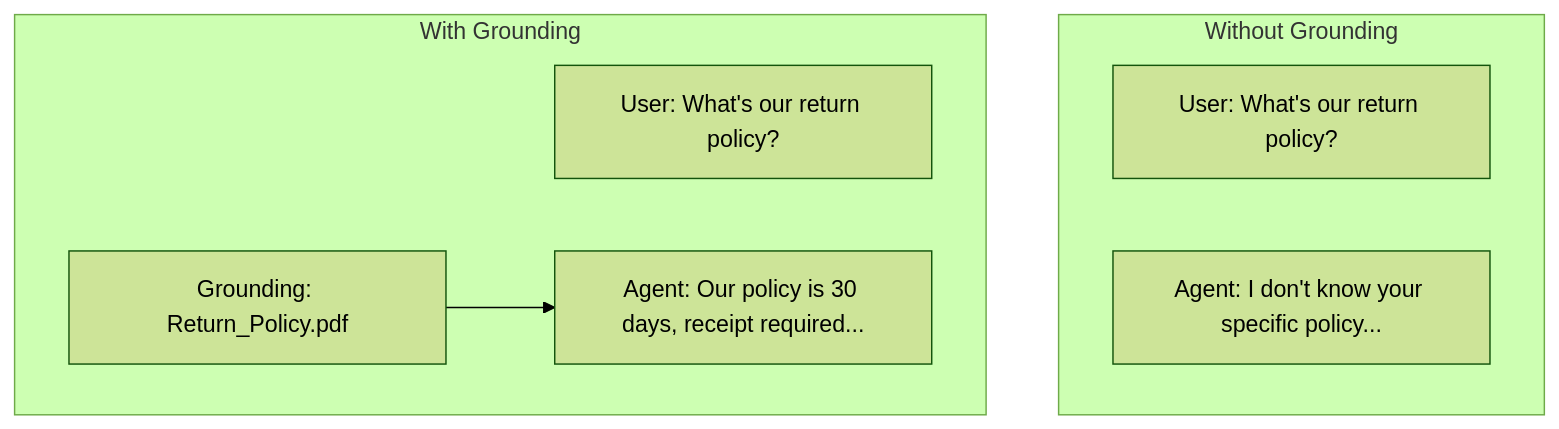
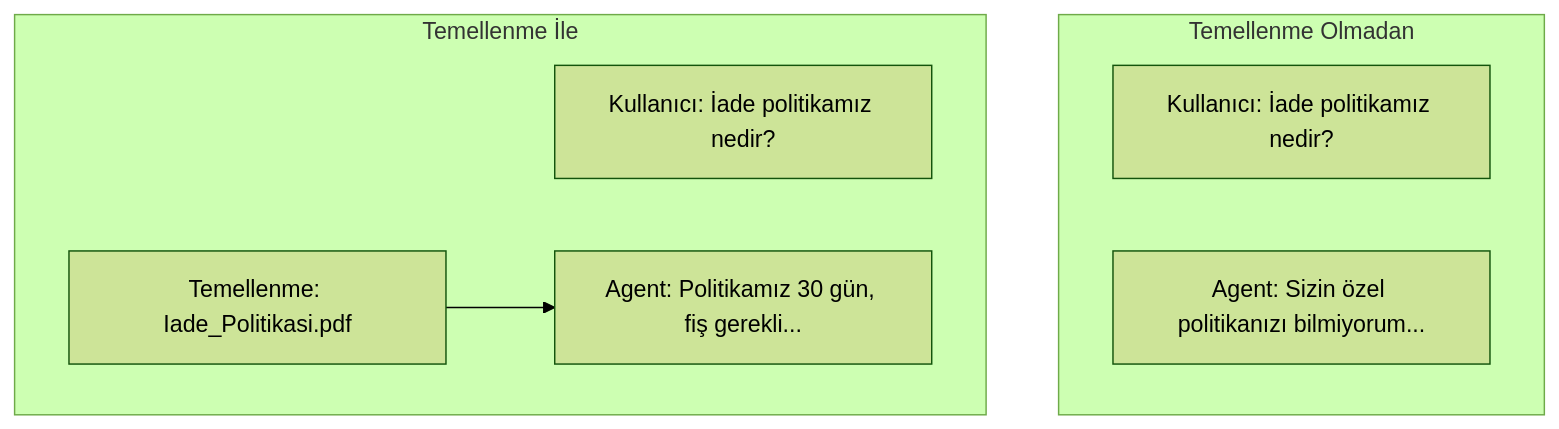
The fourth of 8 diagrams in Technical Tutorials/BTP/TR/chapters/10-building-agents.md (beyhanmeyrali/sap-all), drawn with Mermaid (forest theme) before and after one commit. The commit also changed other lines of this file and 11 other files, not shown here.

````diff
--- a/Technical Tutorials/BTP/TR/chapters/10-building-agents.md
+++ b/Technical Tutorials/BTP/TR/chapters/10-building-agents.md
@@ -275,15 +275,15 @@
 ```mermaid
 graph TD
-    subgraph "Without Grounding"
-        Q1[User: What's our return policy?]
-        A1[Agent: I don't know your specific policy...]
+    subgraph "Temellenme Olmadan"
+        Q1[Kullanıcı: İade politikamız nedir?]
+        A1[Agent: Sizin özel politikanızı bilmiyorum...]
     end
 
-    subgraph "With Grounding"
-        Q2[User: What's our return policy?]
-        G[Grounding: Return_Policy.pdf]
-        A2[Agent: Our policy is 30 days, receipt required...]
+    subgraph "Temellenme İle"
+        Q2[Kullanıcı: İade politikamız nedir?]
+        G[Temellenme: Iade_Politikasi.pdf]
+        A2[Agent: Politikamız 30 gün, fiş gerekli...]
     end
 
     G --> A2
 ```
````
